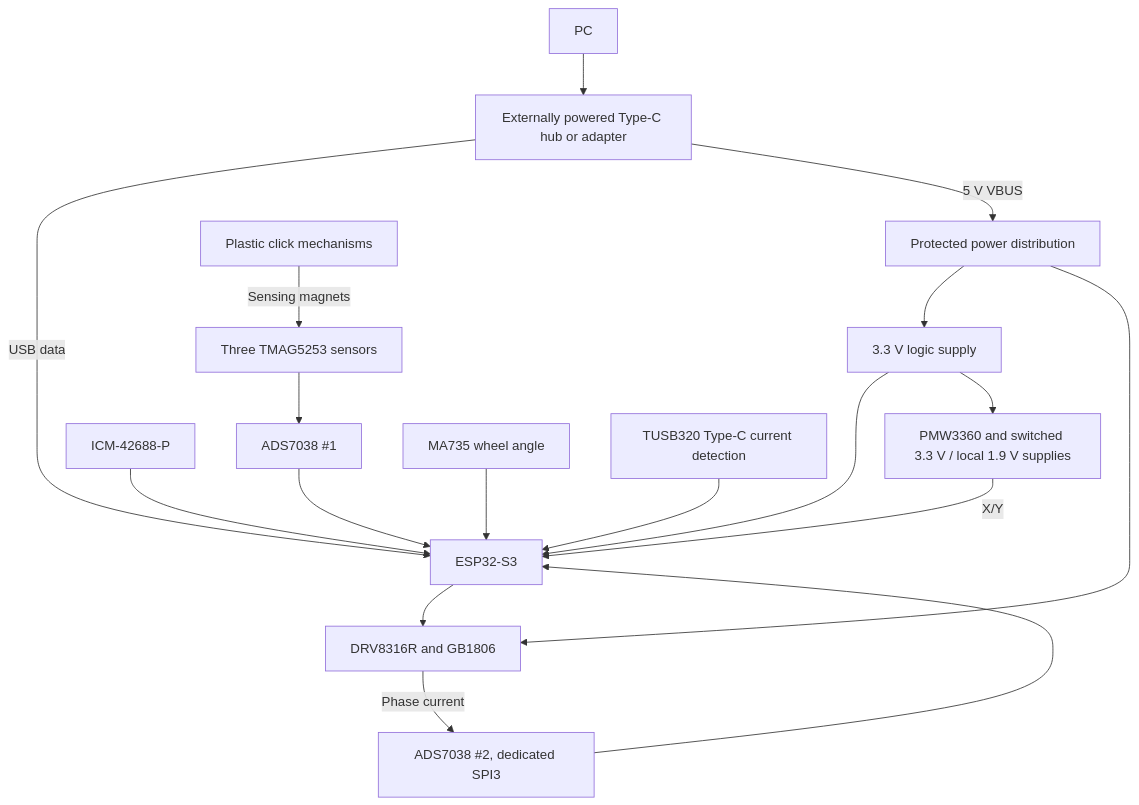
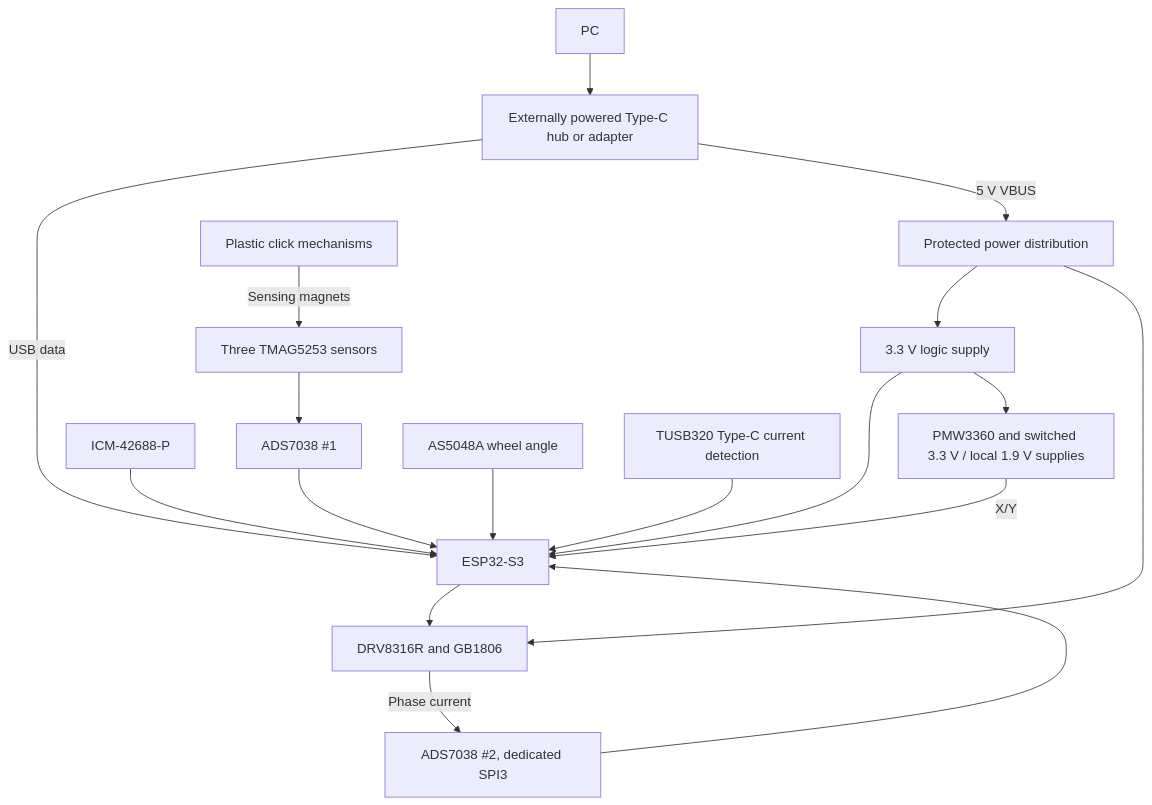
The diagram in docs/architecture.md (sbarisic/MagMouse), drawn with Mermaid before and after one commit. The commit also changed other lines of this file and 265 other files, not shown here.

````diff
--- a/docs/architecture.md
+++ b/docs/architecture.md
@@ -21,20 +21,20 @@
 ```mermaid
 flowchart TD
     PC[PC] --> Hub[Externally powered Type-C hub or adapter]
     Hub -->|USB data| MCU[ESP32-S3]
     Hub -->|5 V VBUS| Power[Protected power distribution]
     Power --> Logic[3.3 V logic supply]
     Logic --> MCU
     Logic --> Optical[PMW3360 and switched 3.3 V / local 1.9 V supplies]
     Optical -->|X/Y| MCU
     IMU[ICM-42688-P] --> MCU
     Hall[Three TMAG5253 sensors] --> ADC[ADS7038 #1]
     ADC --> MCU
     Paddles[Plastic click mechanisms] -->|Sensing magnets| Hall
     MCU --> Wheel[DRV8316R and GB1806]
-    Angle[MA735 wheel angle] --> MCU
+    Angle[AS5048A wheel angle] --> MCU
     Wheel -->|Phase current| ADC2[ADS7038 #2, dedicated SPI3]
     ADC2 --> MCU
     Power --> Wheel
     CC[TUSB320 Type-C current detection] --> MCU
 ```
````
